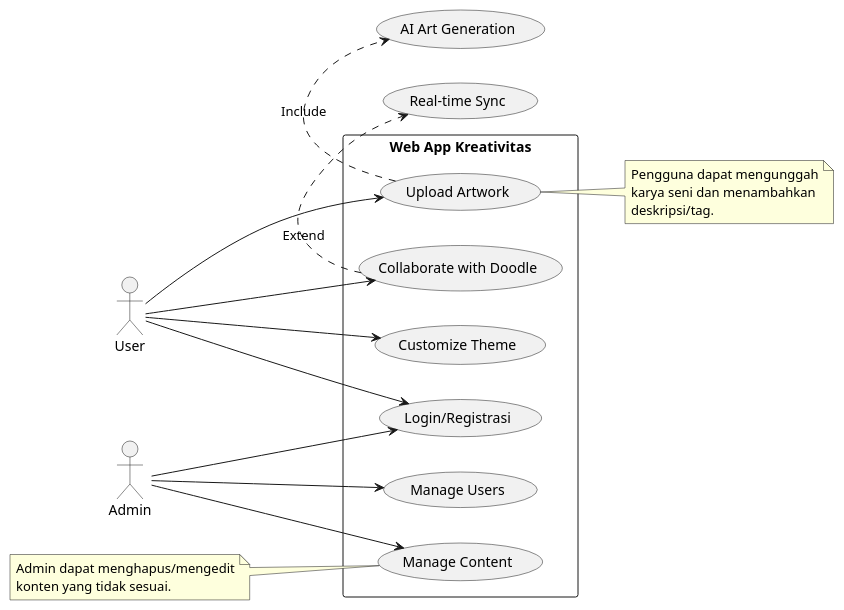
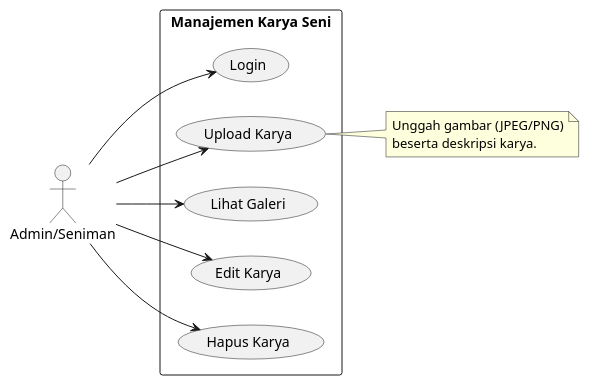
One commit to h0murasak1/PERKULIAHAN changed the second of 3 diagrams in SM3/DAA/UAS/Analisa.md. Above: the diagram before and after it, drawn with PlantUML. The commit also changed other lines of this file and 13 other files, not shown here.

````diff
--- a/SM3/DAA/UAS/Analisa.md
+++ b/SM3/DAA/UAS/Analisa.md
@@ -98,39 +92,25 @@
 ```puml
 @startuml
 left to right direction
-actor User as U
-actor Admin as A
+actor "Admin/Seniman" as A
 
-rectangle "Web App Kreativitas" {
-  (Login/Registrasi) as UC1
-  (Upload Artwork) as UC2
-  (Customize Theme) as UC3
-  (Collaborate with Doodle) as UC4
-  (Manage Content) as UC5
-  (Manage Users) as UC6
+rectangle "Manajemen Karya Seni" {
+  (Login) as UC1
+  (Upload Karya) as UC2
+  (Lihat Galeri) as UC3
+  (Edit Karya) as UC4
+  (Hapus Karya) as UC5
 }
 
-U --> UC1
-U --> UC2
-U --> UC3
-U --> UC4
-
+A --> UC1
+A --> UC2
+A --> UC3
+A --> UC4
 A --> UC5
-A --> UC6
-A --> UC1
-
-UC2 .> (AI Art Generation) : Include
-UC4 .> (Real-time Sync) : Extend
 
 note right of UC2
-  Pengguna dapat mengunggah
-  karya seni dan menambahkan
-  deskripsi/tag.
-end note
-
-note left of UC5
-  Admin dapat menghapus/mengedit
-  konten yang tidak sesuai.
+  Unggah gambar (JPEG/PNG)
+  beserta deskripsi karya.
 end note
 @enduml
 ```  
````
